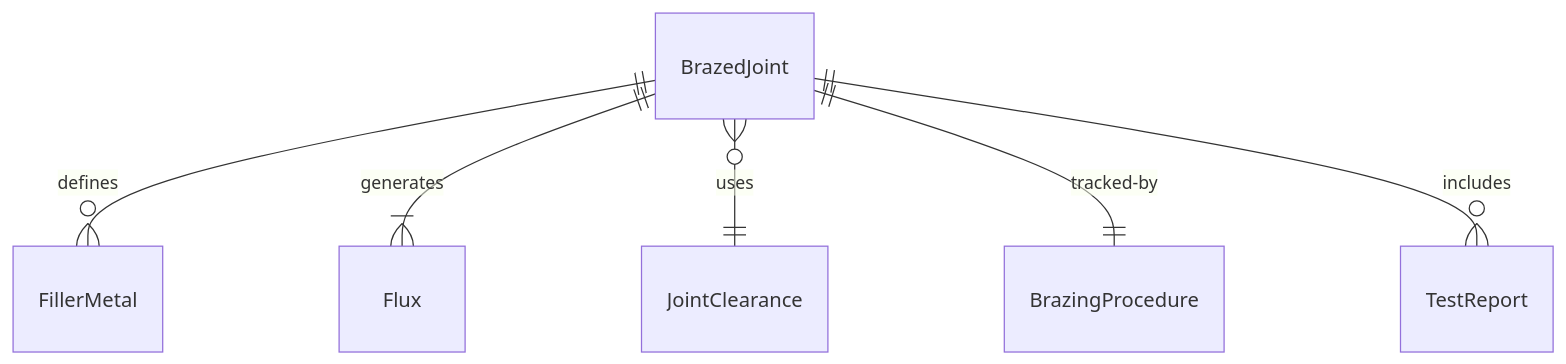
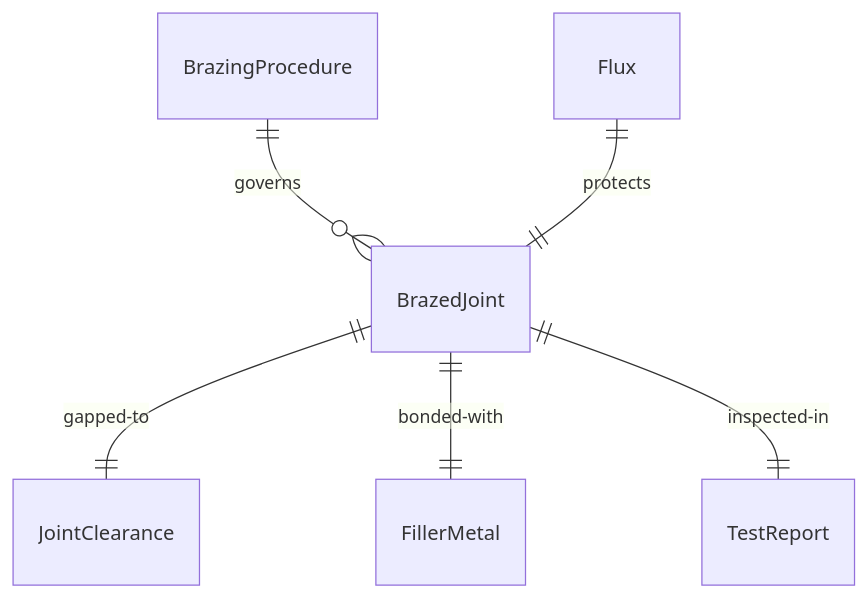
Before and after one commit to dot-org-ai/tasks.org.ai: the first of 4 diagrams in HandlingAndMovingObjects/JoinPartsUsingSolderingWeldingOrBrazingTechniques/BrazeMetalPartsComponents.mdx, drawn with Mermaid. The commit also changed other lines of this file and 515 other files, not shown here.

````diff
--- a/HandlingAndMovingObjects/JoinPartsUsingSolderingWeldingOrBrazingTechniques/BrazeMetalPartsComponents.mdx
+++ b/HandlingAndMovingObjects/JoinPartsUsingSolderingWeldingOrBrazingTechniques/BrazeMetalPartsComponents.mdx
@@ -87,8 +87,8 @@
 ```mermaid
 erDiagram
-    BrazedJoint ||--o{ FillerMetal : "defines"
-    BrazedJoint ||--|{ Flux : "generates"
-    BrazedJoint }o--|| JointClearance : "uses"
-    BrazedJoint ||--|| BrazingProcedure : "tracked-by"
-    BrazedJoint ||--o{ TestReport : "includes"
+    BrazingProcedure ||--o{ BrazedJoint : "governs"
+    BrazedJoint ||--|| JointClearance : "gapped-to"
+    BrazedJoint ||--|| FillerMetal : "bonded-with"
+    Flux ||--|| BrazedJoint : "protects"
+    BrazedJoint ||--|| TestReport : "inspected-in"
 ```
````
